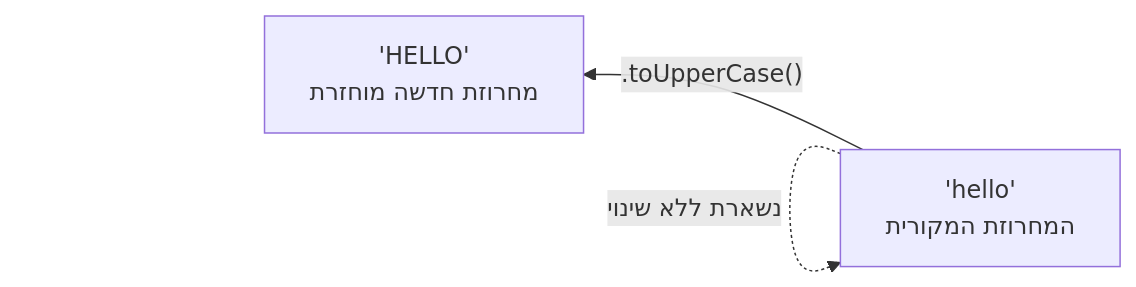
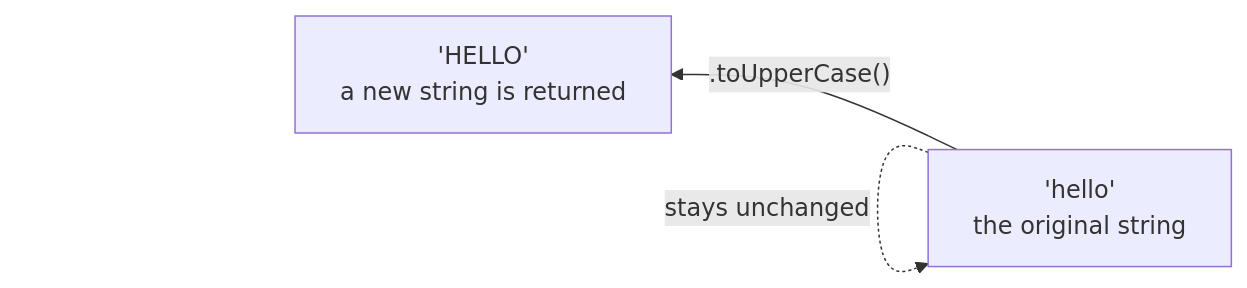
Before and after one commit to neriyaMalachi/FullStack_kodkode_5: the diagram in content/docs/javascript/6-js-string-methods-content.md, drawn with Mermaid. The commit also changed other lines of this file and 117 other files, not shown here.

````diff
--- a/content/docs/javascript/6-js-string-methods-content.md
+++ b/content/docs/javascript/6-js-string-methods-content.md
@@ -47,7 +47,7 @@
 ```mermaid
 flowchart RL
     Original["'hello'
-    המחרוזת המקורית"] -->|".toUpperCase()"| New["'HELLO'
-    מחרוזת חדשה מוחזרת"]
-    Original -.נשארת ללא שינוי.-> Original
+    the original string"] -->|".toUpperCase()"| New["'HELLO'
+    a new string is returned"]
+    Original -.stays unchanged.-> Original
 ```
````
